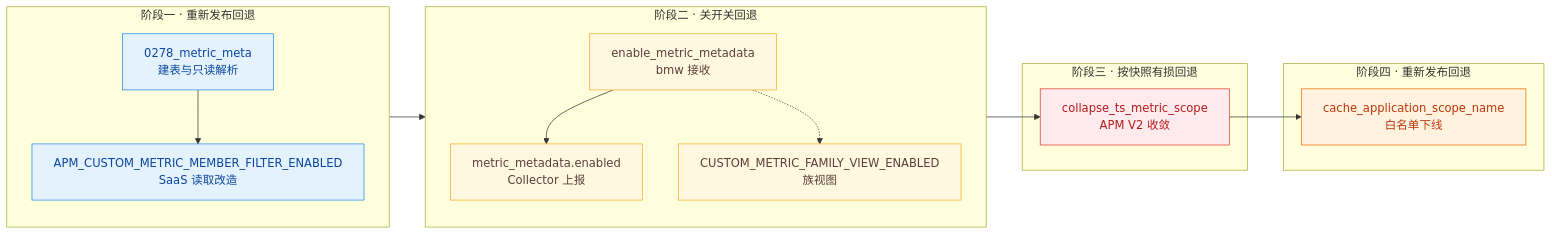
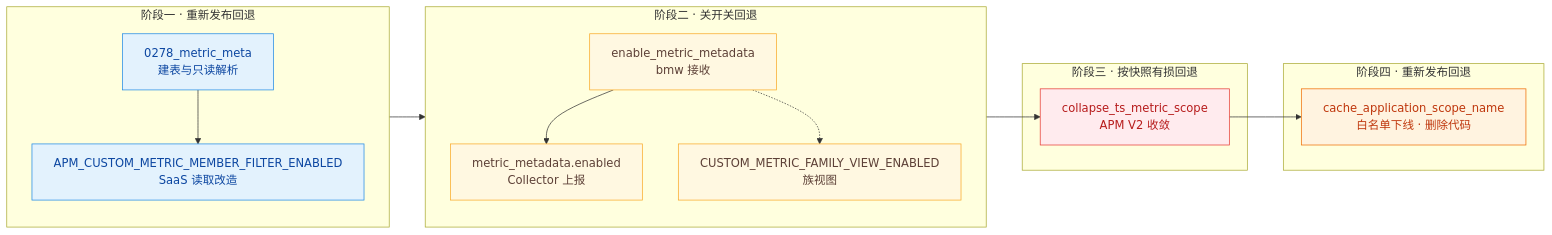
One commit to ZhuoZhuoCrayon/ai-workspace changed diagram 33 of 34 in knowledge/bkmonitor/issues/2026-09-15-custom-metric-metadata/PLAN.md. Above: the diagram before and after it, drawn with Mermaid. The commit also changed other lines of this file and 4 other files, not shown here.

````diff
--- a/knowledge/bkmonitor/issues/2026-09-15-custom-metric-metadata/PLAN.md
+++ b/knowledge/bkmonitor/issues/2026-09-15-custom-metric-metadata/PLAN.md
@@ -1308,30 +2040,30 @@
 ```mermaid
 flowchart LR
     subgraph S1["阶段一 · 重新发布回退"]
         direction TB
         Mig["0278_metric_meta<br/>建表与只读解析"] --> SaaS["APM_CUSTOM_METRIC_MEMBER_FILTER_ENABLED<br/>SaaS 读取改造"]
     end
     subgraph S2["阶段二 · 关开关回退"]
         direction TB
         Bmw["enable_metric_metadata<br/>bmw 接收"] --> Collector["metric_metadata.enabled<br/>Collector 上报"]
         Bmw -.-> Family["CUSTOM_METRIC_FAMILY_VIEW_ENABLED<br/>族视图"]
     end
     subgraph S3["阶段三 · 按快照有损回退"]
         Collapse["collapse_ts_metric_scope<br/>APM V2 收敛"]
     end
     subgraph S4["阶段四 · 重新发布回退"]
-        Shrink["cache_application_scope_name<br/>白名单下线"]
+        Shrink["cache_application_scope_name<br/>白名单下线 · 删除代码"]
     end
     SaaS --> Bmw
     Collector --> Collapse
     Collapse --> Shrink
 
     classDef safe fill:#e3f2fd,stroke:#1e88e5,color:#0d47a1
     classDef switch fill:#fff8e1,stroke:#f9a825,color:#5d4037
     classDef lossy fill:#ffebee,stroke:#e53935,color:#b71c1c
     classDef redeploy fill:#fff3e0,stroke:#ef6c00,color:#bf360c
     class Mig,SaaS safe
     class Bmw,Collector,Family switch
     class Collapse lossy
     class Shrink redeploy
 ```
````
